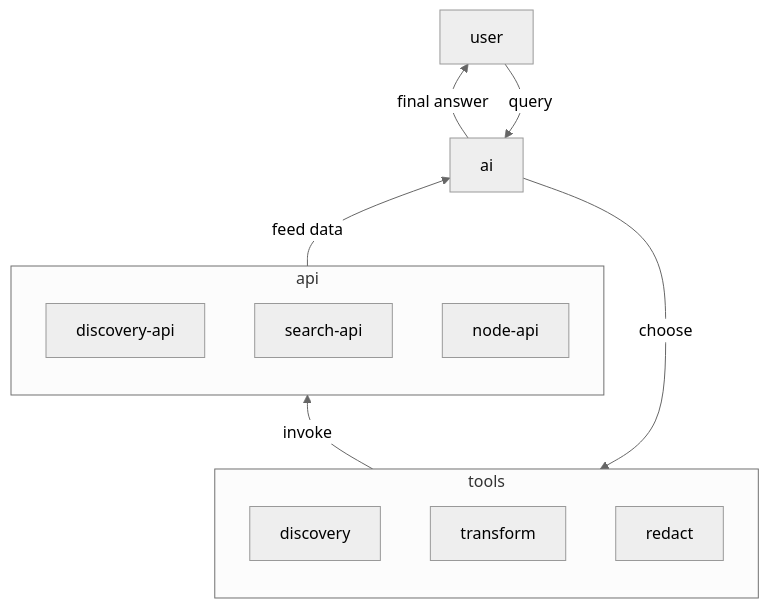
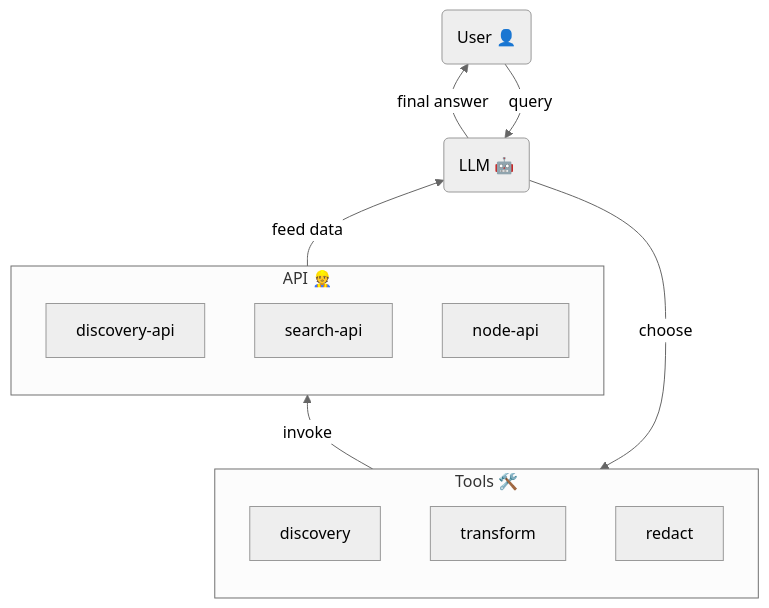
One commit to AlfrescoLabs/alfresco-ai-assistants changed the second of 2 diagrams in readme.md. Above: the diagram before and after it, drawn with Mermaid (neutral theme). The commit also changed other lines of this file, not shown here.

Commit message:
fixup diagrams

````diff
--- a/readme.md
+++ b/readme.md
@@ -51,28 +45,28 @@
 ```mermaid
 graph BT
-user
-ai
+user(User 👤)
+llm(LLM 🤖)
 api
 
-subgraph api
+subgraph api[API 👷]
   discovery-api
   search-api
   node-api
 end
 
-subgraph tools
+subgraph tools[Tools 🛠️]
   discovery
   transform
   redact
 end
 
-user --query--> ai
+user --query--> llm
 
-ai --choose--> tools
+llm --choose--> tools
 
 tools --invoke--> api
 
-api --feed data--> ai
+api --feed data--> llm
 
-ai --final answer--> user
+llm --final answer--> user
 ```
````
